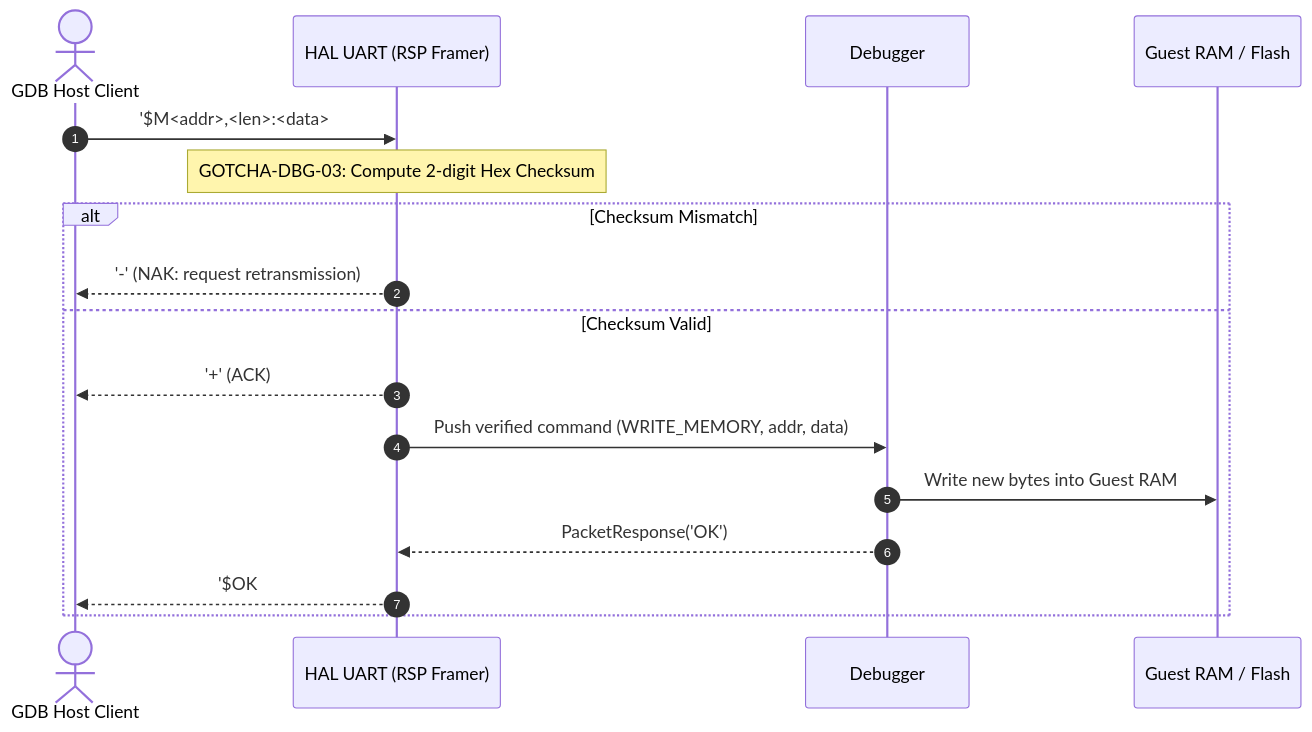
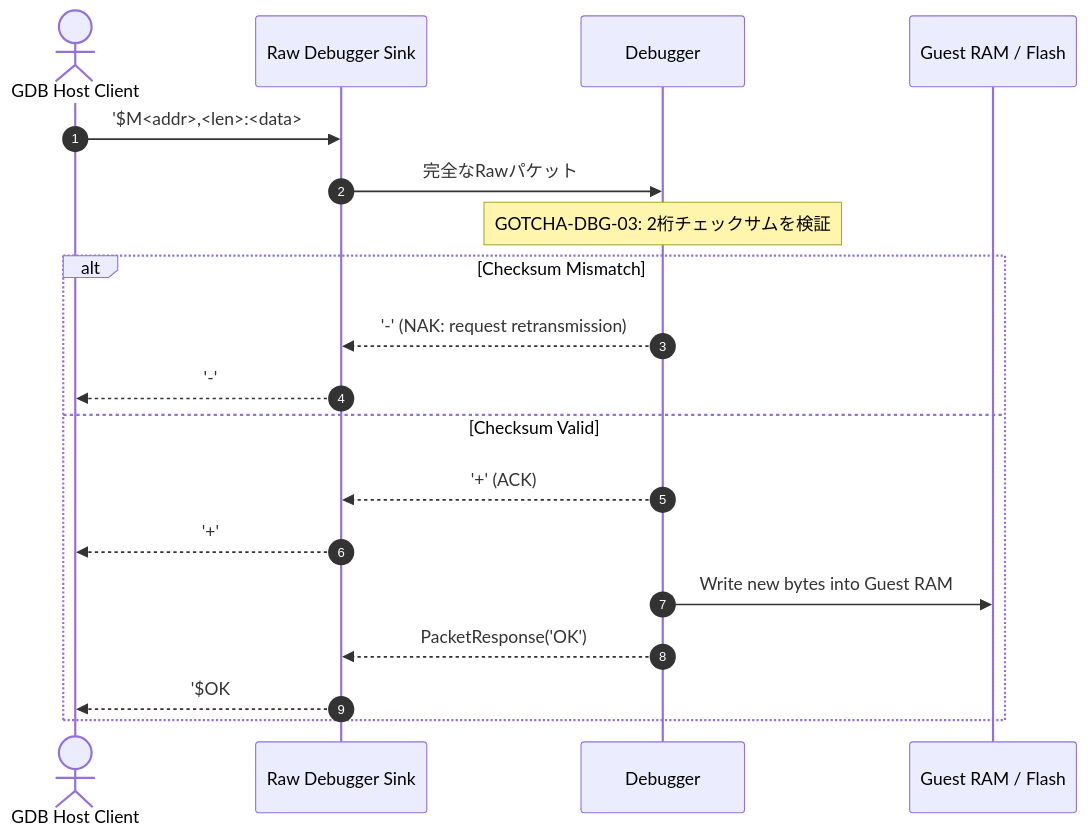
Before and after one commit to kmt-t/fireball: the second of 4 diagrams in docs/components/tier3_plugins/debugger.md, drawn with Mermaid. The commit also changed other lines of this file and 170 other files, not shown here.

````diff
--- a/docs/components/tier3_plugins/debugger.md
+++ b/docs/components/tier3_plugins/debugger.md
@@ -100,20 +100,22 @@
 ```mermaid
 sequenceDiagram
     autonumber
     actor Host as GDB Host Client
-    participant HAL as HAL UART (RSP Framer)
+    participant Sink as Raw Debugger Sink
     participant Dbg as Debugger
     participant RAM as Guest RAM / Flash
 
-    Host->>HAL: '$M<addr>,<len>:<data>#<chksum>'
-    Note over HAL: GOTCHA-DBG-03: Compute 2-digit Hex Checksum
+    Host->>Sink: '$M<addr>,<len>:<data>#<chksum>'
+    Sink->>Dbg: 完全なRawパケット
+    Note over Dbg: GOTCHA-DBG-03: 2桁チェックサムを検証
     alt Checksum Mismatch
-        HAL-->>Host: '-' (NAK: request retransmission)
+        Dbg-->>Sink: '-' (NAK: request retransmission)
+        Sink-->>Host: '-'
     else Checksum Valid
-        HAL-->>Host: '+' (ACK)
-        HAL->>Dbg: Push verified command (WRITE_MEMORY, addr, data)
+        Dbg-->>Sink: '+' (ACK)
+        Sink-->>Host: '+'
         Dbg->>RAM: Write new bytes into Guest RAM
-        Dbg-->>HAL: PacketResponse('OK')
-        HAL-->>Host: '$OK#9a'
+        Dbg-->>Sink: PacketResponse('OK')
+        Sink-->>Host: '$OK#9a'
     end
 ```
````
